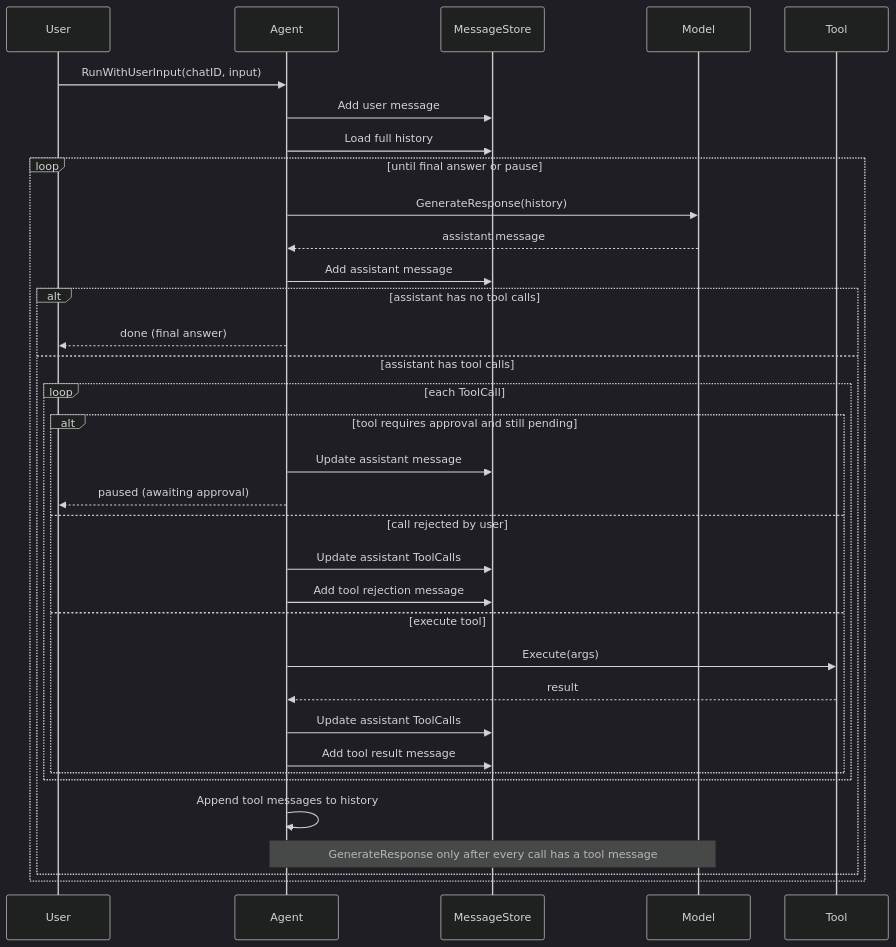
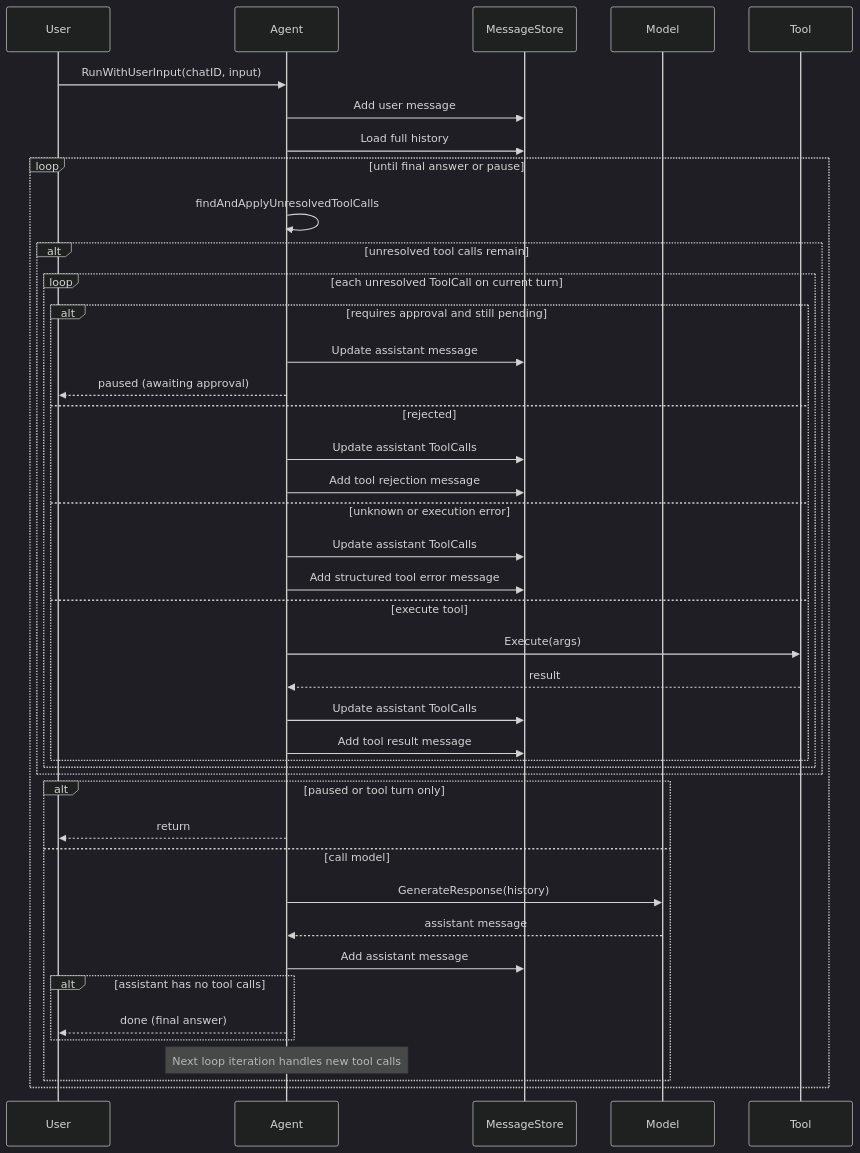
The second of 2 diagrams in ARCHITECTURE.md (cgund98/gogent), drawn with Mermaid (dark theme) before and after one commit. The commit also changed other lines of this file and 6 other files, not shown here.

Commit message:
update markdown documents to reflect latest architecture

````diff
--- a/ARCHITECTURE.md
+++ b/ARCHITECTURE.md
@@ -87,39 +125,48 @@
 ```mermaid
 sequenceDiagram
     participant User
     participant Agent
     participant Store as MessageStore
     participant Model
     participant Tool
 
     User->>Agent: RunWithUserInput(chatID, input)
     Agent->>Store: Add user message
     Agent->>Store: Load full history
 
     loop until final answer or pause
-        Agent->>Model: GenerateResponse(history)
-        Model-->>Agent: assistant message
-        Agent->>Store: Add assistant message
+        Agent->>Agent: findAndApplyUnresolvedToolCalls
 
-        alt assistant has no tool calls
-            Agent-->>User: done (final answer)
-        else assistant has tool calls
-            loop each ToolCall
-                alt tool requires approval and still pending
+        alt unresolved tool calls remain
+            loop each unresolved ToolCall on current turn
+                alt requires approval and still pending
                     Agent->>Store: Update assistant message
                     Agent-->>User: paused (awaiting approval)
-                else call rejected by user
+                else rejected
                     Agent->>Store: Update assistant ToolCalls
                     Agent->>Store: Add tool rejection message
+                else unknown or execution error
+                    Agent->>Store: Update assistant ToolCalls
+                    Agent->>Store: Add structured tool error message
                 else execute tool
                     Agent->>Tool: Execute(args)
                     Tool-->>Agent: result
                     Agent->>Store: Update assistant ToolCalls
                     Agent->>Store: Add tool result message
                 end
             end
-            Agent->>Agent: Append tool messages to history
-            Note over Agent,Model: GenerateResponse only after every call has a tool message
+        end
+
+        alt paused or tool turn only
+            Agent-->>User: return
+        else call model
+            Agent->>Model: GenerateResponse(history)
+            Model-->>Agent: assistant message
+            Agent->>Store: Add assistant message
+            alt assistant has no tool calls
+                Agent-->>User: done (final answer)
+            end
+            Note over Agent: Next loop iteration handles new tool calls
         end
     end
 ```
````
